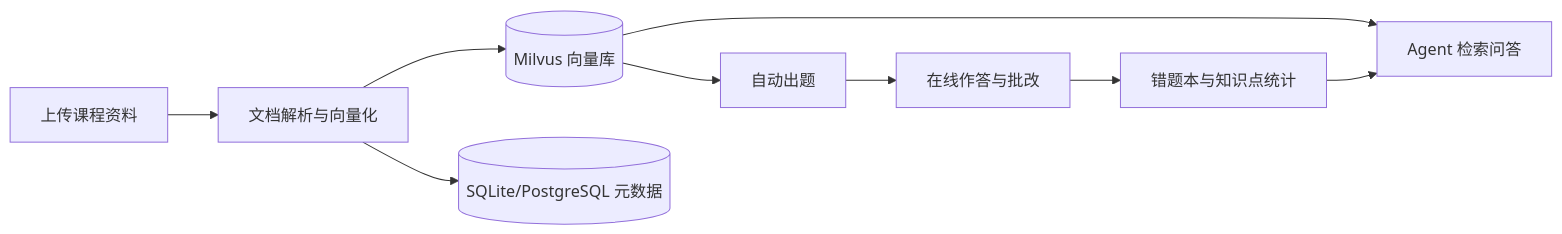
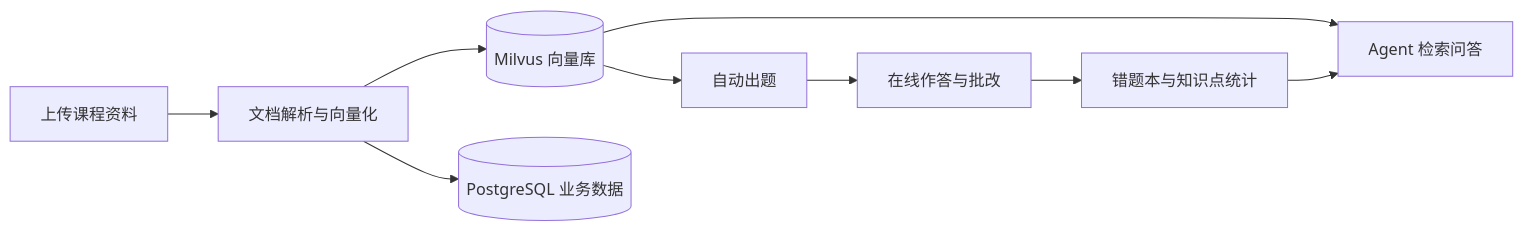
One commit to tea-kaze/CourseMate_Agent changed the first of 2 diagrams in README.md. Above: the diagram before and after it, drawn with Mermaid. The commit also changed other lines of this file and 2 other files, not shown here.

````diff
--- a/README.md
+++ b/README.md
@@ -7,11 +7,11 @@
 ```mermaid
 flowchart LR
     A[上传课程资料] --> B[文档解析与向量化]
     B --> C[(Milvus 向量库)]
-    B --> D[(SQLite/PostgreSQL 元数据)]
+    B --> D[(PostgreSQL 业务数据)]
     C --> E[Agent 检索问答]
     C --> F[自动出题]
     F --> G[在线作答与批改]
     G --> H[错题本与知识点统计]
     H --> E
 ```
````
